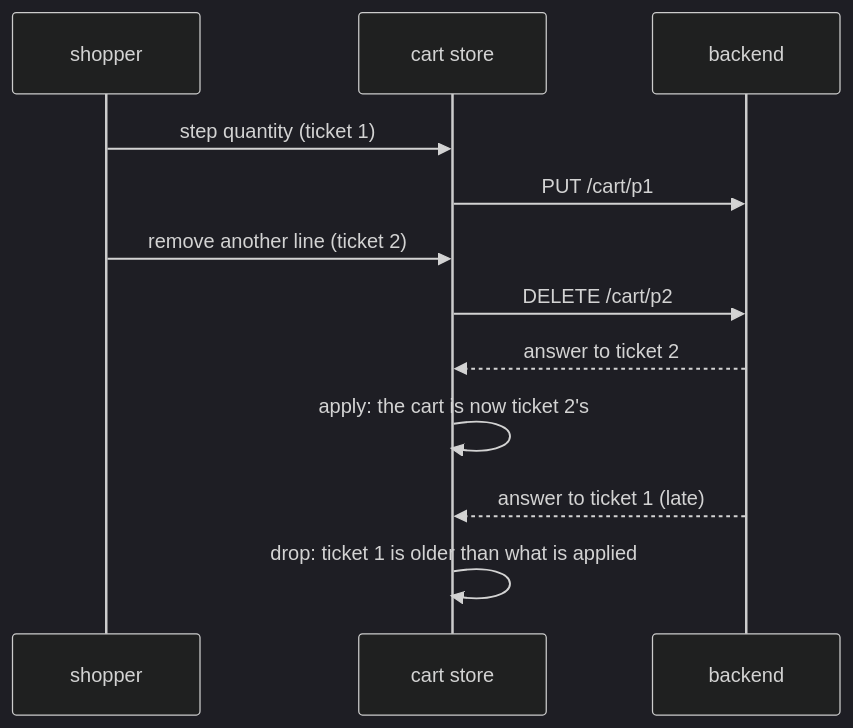
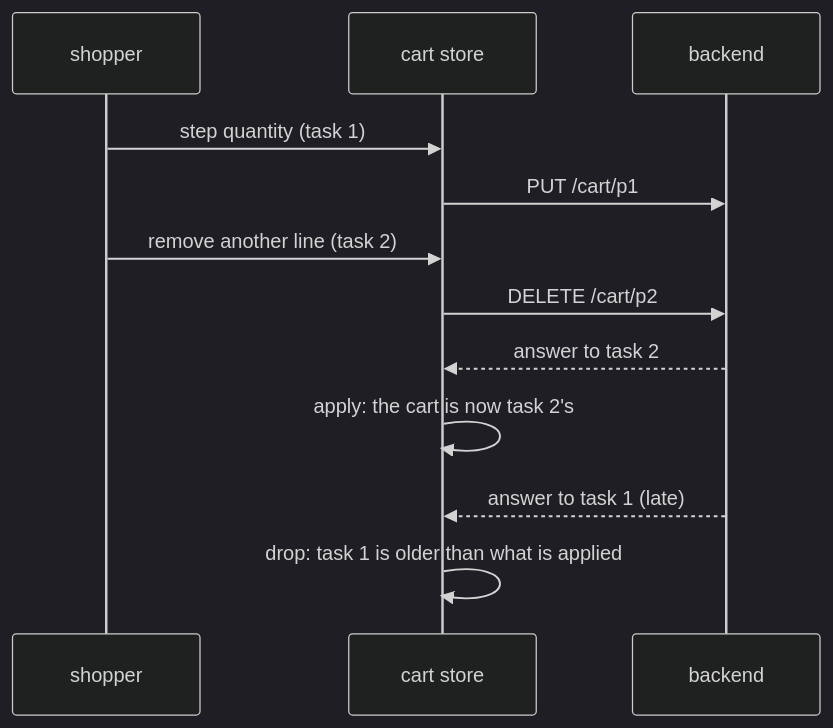
One commit to Guebbit/boilerplate-vue-frontend changed the fourth of 5 diagrams in docs/modules/cart.md. Above: the diagram before and after it, drawn with Mermaid (dark theme). The commit also changed other lines of this file and 121 other files, not shown here.

````diff
--- a/docs/modules/cart.md
+++ b/docs/modules/cart.md
@@ -291,14 +291,14 @@
 ```mermaid
 sequenceDiagram
     participant U as shopper
     participant S as cart store
     participant API as backend
-    U->>S: step quantity (ticket 1)
+    U->>S: step quantity (task 1)
     S->>API: PUT /cart/p1
-    U->>S: remove another line (ticket 2)
+    U->>S: remove another line (task 2)
     S->>API: DELETE /cart/p2
-    API-->>S: answer to ticket 2
-    S->>S: apply: the cart is now ticket 2's
-    API-->>S: answer to ticket 1 (late)
-    S->>S: drop: ticket 1 is older than what is applied
+    API-->>S: answer to task 2
+    S->>S: apply: the cart is now task 2's
+    API-->>S: answer to task 1 (late)
+    S->>S: drop: task 1 is older than what is applied
 ```
````
